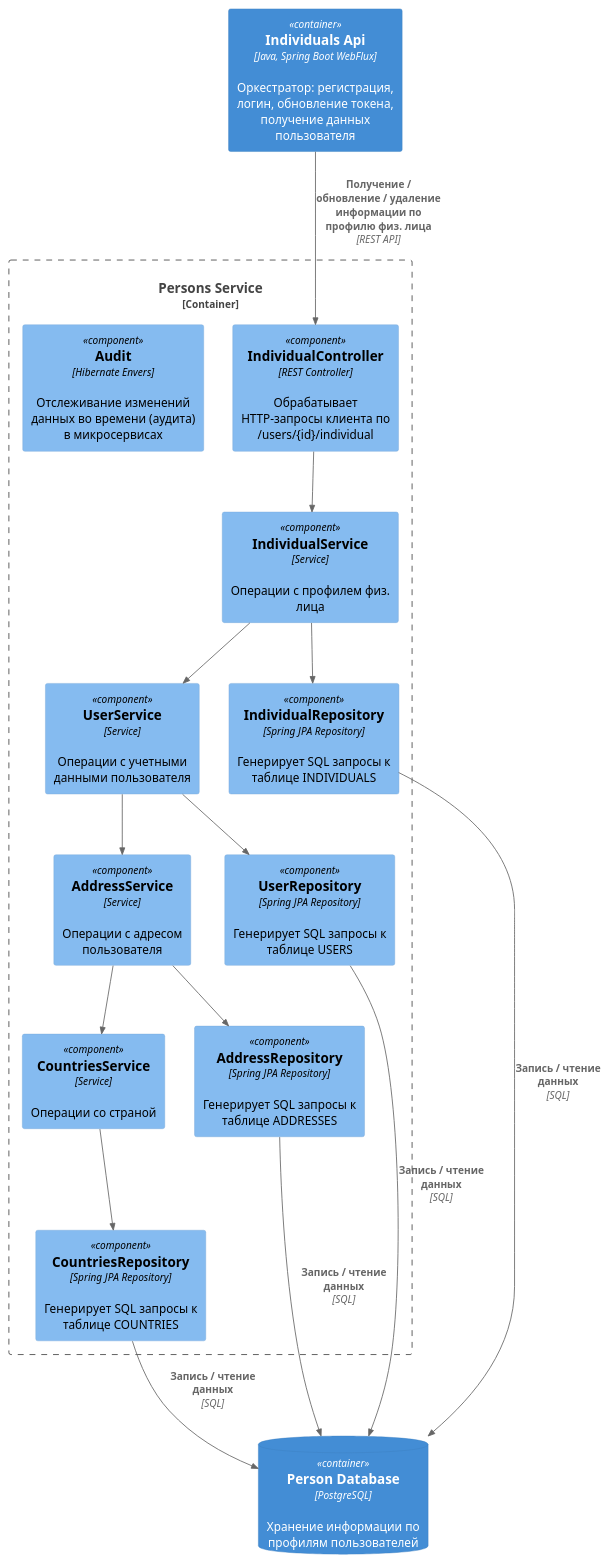
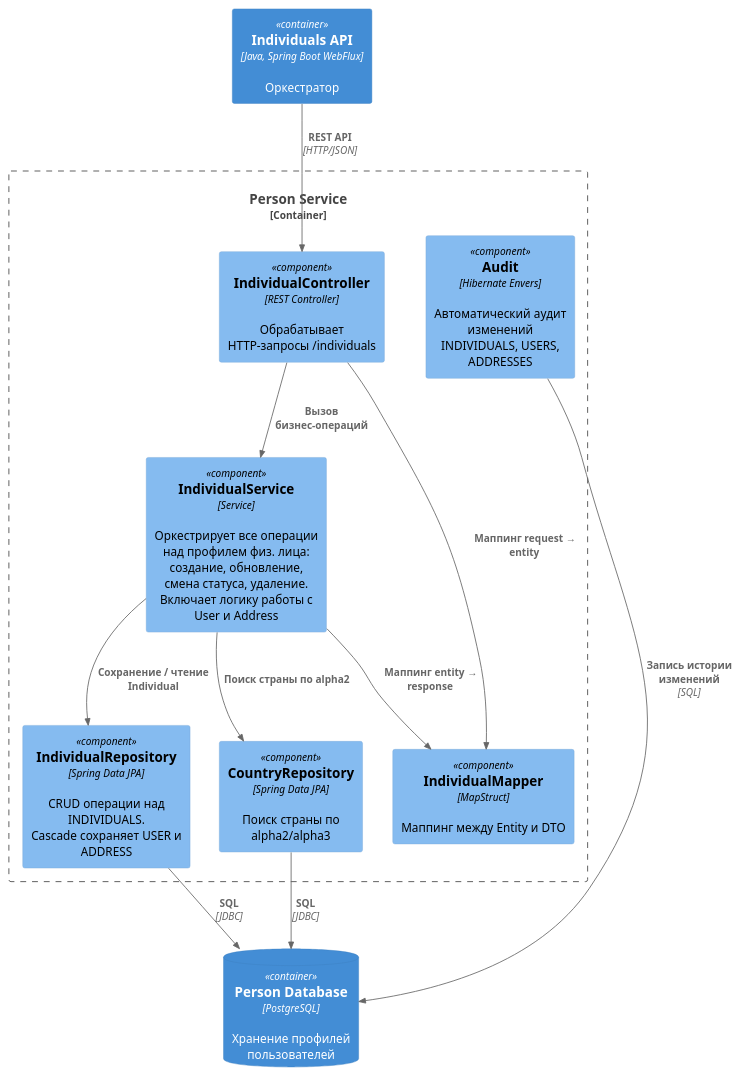
The diagram in architecture/person-service/Component.puml (Ersted-me/payment-system), drawn with PlantUML before and after one commit. The commit also changed 5 other files, not shown here.

Commit message:
update person-open-api

```diff
--- a/architecture/person-service/Component.puml
+++ b/architecture/person-service/Component.puml
@@ -1,41 +1,35 @@
 @startuml
 !include https://raw.githubusercontent.com/plantuml-stdlib/C4-PlantUML/master/C4_Component.puml
 
-Container_Boundary(persons_service, "Persons Service") {
-    Component(individualController, "IndividualController", "REST Controller", "Обрабатывает HTTP-запросы клиента по /users/{id}/individual")
+Container_Boundary(person_service, "Person Service") {
 
-    Component(userService, "UserService", "Service", "Операции с учетными данными пользователя")
-    Component(addressService, "AddressService", "Service", "Операции с адресом пользователя")
-    Component(countryService, "CountriesService", "Service", "Операции со страной")
-    Component(individualService, "IndividualService", "Service", "Операции с профилем физ. лица")
+    Component(individualController, "IndividualController", "REST Controller", "Обрабатывает HTTP-запросы /individuals")
 
+    Component(individualService, "IndividualService", "Service", "Оркестрирует все операции над профилем физ. лица:\nсоздание, обновление, смена статуса, удаление.\nВключает логику работы с User и Address")
 
-    Component(userRepository, "UserRepository", "Spring JPA Repository", "Генерирует SQL запросы к таблице USERS")
-    Component(addressRepository, "AddressRepository", "Spring JPA Repository", "Генерирует SQL запросы к таблице ADDRESSES")
-    Component(countryRepository, "CountriesRepository", "Spring JPA Repository", "Генерирует SQL запросы к таблице COUNTRIES")
-    Component(individualRepository, "IndividualRepository", "Spring JPA Repository", "Генерирует SQL запросы к таблице INDIVIDUALS")
-    Component(audit, "Audit", "Hibernate Envers", "Отслеживание изменений данных во времени (аудита) в микросервисах")
+    Component(individualMapper, "IndividualMapper", "MapStruct", "Маппинг между Entity и DTO")
+
+    Component(individualRepository, "IndividualRepository", "Spring Data JPA", "CRUD операции над INDIVIDUALS.\nCascade сохраняет USER и ADDRESS")
+
+    Component(countryRepository, "CountryRepository", "Spring Data JPA", "Поиск страны по alpha2/alpha3")
+
+    Component(audit, "Audit", "Hibernate Envers", "Автоматический аудит изменений\nINDIVIDUALS, USERS, ADDRESSES")
 }
 
-Container(individuals_api, "Individuals Api", "Java, Spring Boot WebFlux", "Оркестратор: регистрация, логин, обновление токена, получение данных пользователя")
-Rel(individuals_api, individualController, "Получение / обновление / удаление информации по профилю физ. лица", "REST API")
-Rel(individualController, individualService, "")
+Container(individuals_api, "Individuals API", "Java, Spring Boot WebFlux", "Оркестратор")
+ContainerDb(person_db, "Person Database", "PostgreSQL", "Хранение профилей пользователей")
 
-Rel(userService, addressService, "")
-Rel(addressService, countryService, "")
-Rel(individualService, userService, "")
+Rel(individuals_api, individualController, "REST API", "HTTP/JSON")
 
-Rel(userService, userRepository, "")
-Rel(addressService, addressRepository, "")
-Rel(countryService, countryRepository, "")
-Rel(individualService, individualRepository, "")
+Rel(individualController, individualMapper, "Маппинг request → entity")
+Rel(individualController, individualService, "Вызов бизнес-операций")
+Rel(individualService, individualMapper, "Маппинг entity → response")
 
+Rel(individualService, individualRepository, "Сохранение / чтение Individual")
+Rel(individualService, countryRepository, "Поиск страны по alpha2")
 
-ContainerDb(person_database, "Person Database", "PostgreSQL", "Хранение информации по профилям пользователей")
-Rel(userRepository, person_database, "Запись / чтение данных", "SQL")
-Rel(addressRepository, person_database, "Запись / чтение данных", "SQL")
-Rel(countryRepository, person_database, "Запись / чтение данных", "SQL")
-Rel(individualRepository, person_database, "Запись / чтение данных", "SQL")
-
+Rel(individualRepository, person_db, "SQL", "JDBC")
+Rel(countryRepository, person_db, "SQL", "JDBC")
+Rel(audit, person_db, "Запись истории изменений", "SQL")
 
 @enduml
```
